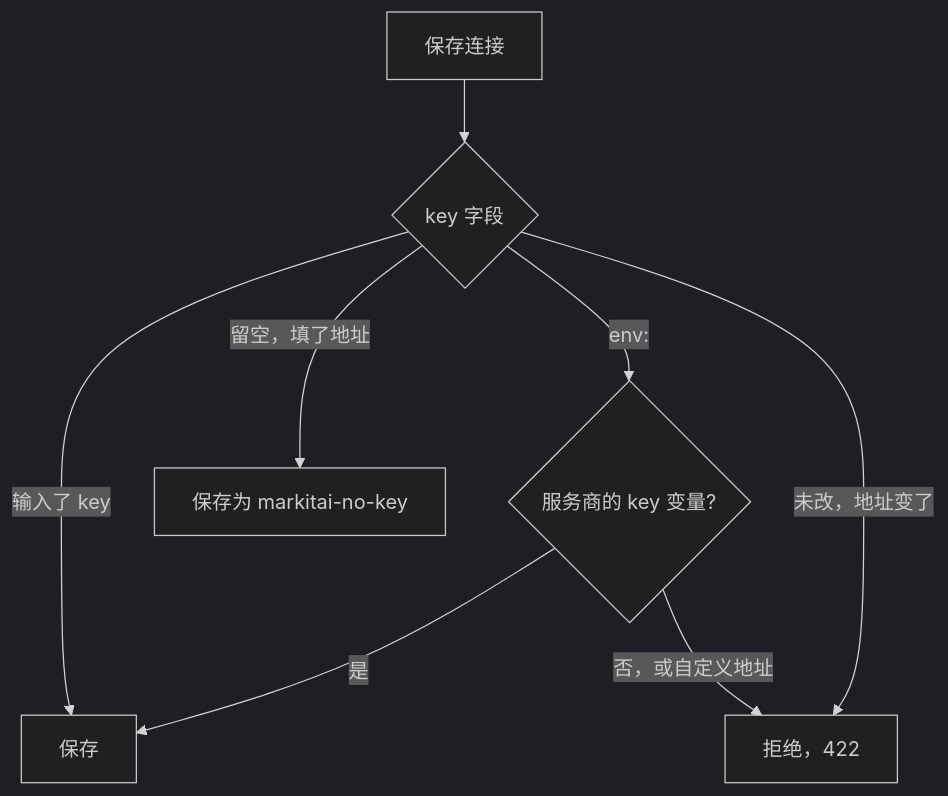
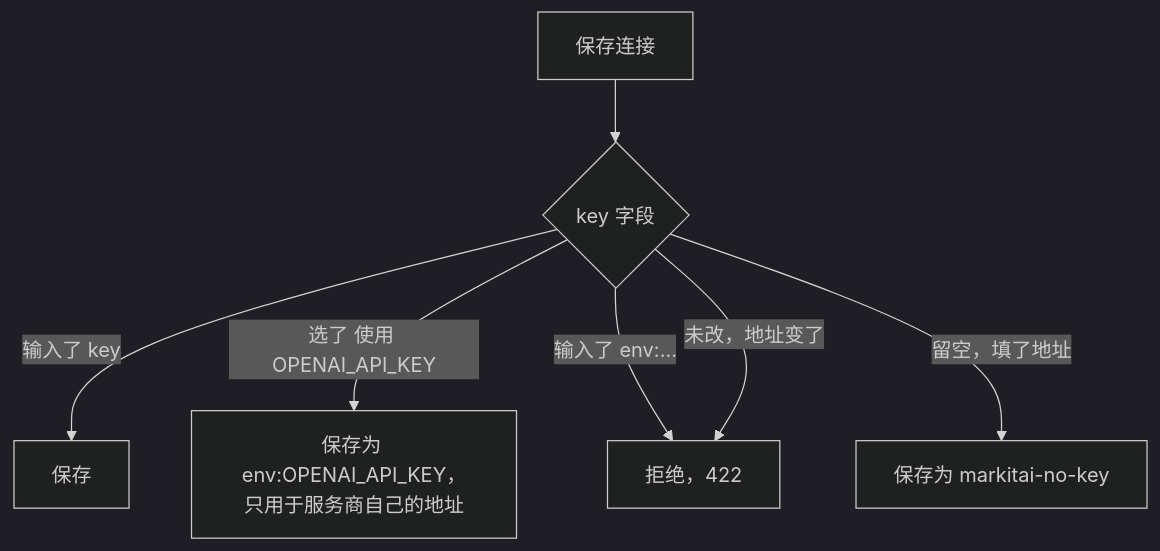
Before and after one commit to Ynewtime/markitai: the first of 2 diagrams in website/zh/guide/serve-reference.md, drawn with Mermaid (dark theme). The commit also changed other lines of this file and 38 other files, not shown here.

````diff
--- a/website/zh/guide/serve-reference.md
+++ b/website/zh/guide/serve-reference.md
@@ -123,10 +123,9 @@
 ```mermaid
 flowchart TD
   S[保存连接] --> E{key 字段}
-  E -->|输入了 key| OK[保存]
-  E -->|env:| V{服务商的 key 变量?}
-  V -->|是| OK
-  V -->|"否，或自定义地址"| X[拒绝，422]
+  E -->|"输入了 key"| OK[保存]
+  E -->|"选了 使用 OPENAI_API_KEY"| V["保存为 env:OPENAI_API_KEY，<br/>只用于服务商自己的地址"]
+  E -->|"输入了 env:…"| X[拒绝，422]
   E -->|"未改，地址变了"| X
   E -->|"留空，填了地址"| P[保存为 markitai-no-key]
 ```
````
